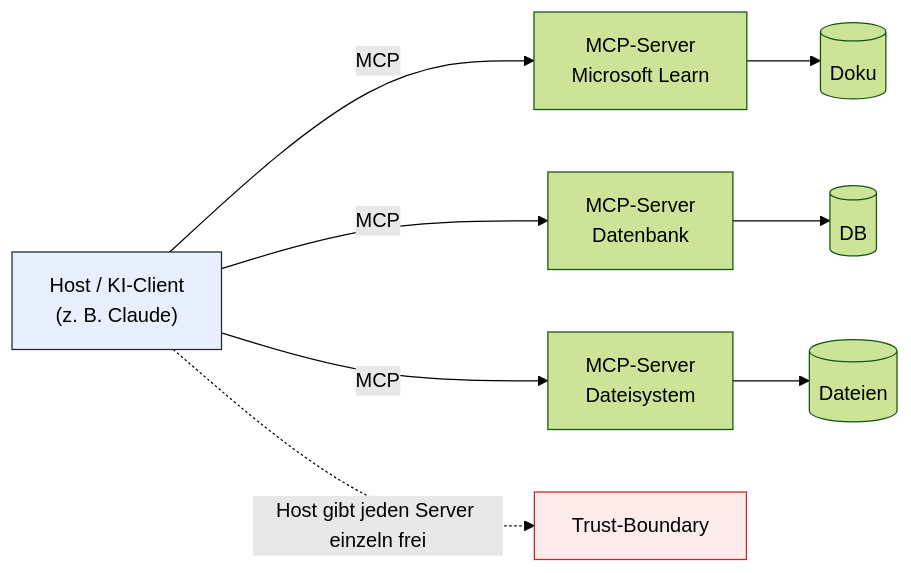
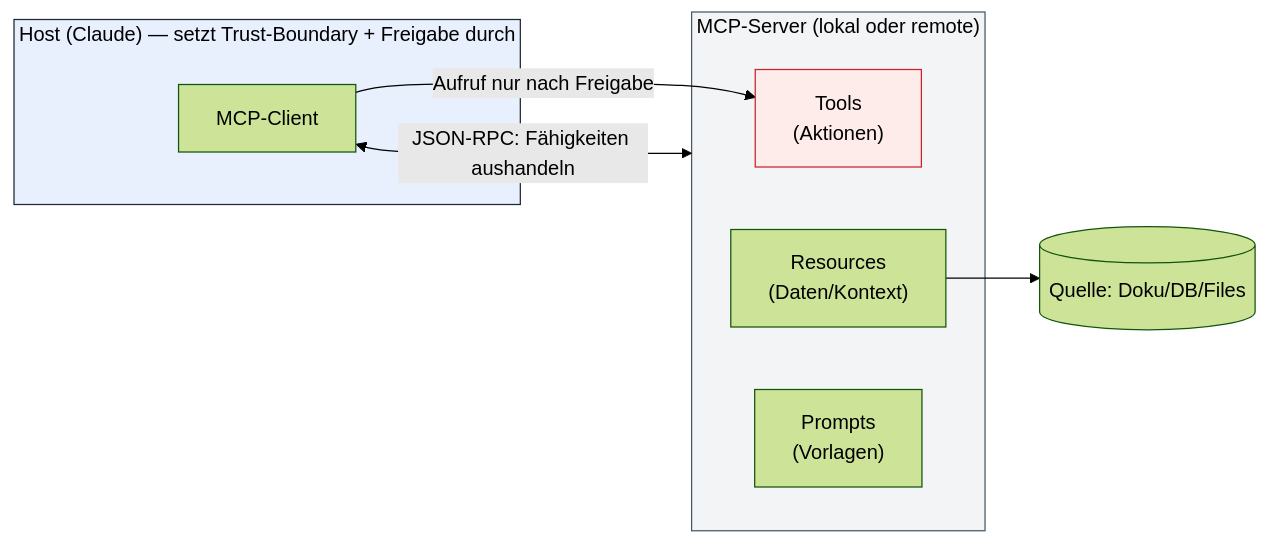
Before and after one commit to TheTrustedAdvisor/agentic-azure-techconf-wien-2026: the second of 10 diagrams in presentation/mermaids/PATTERNS.md, drawn with Mermaid (forest theme). The commit also changed other lines of this file and 19 other files, not shown here.

First line of the commit message:
Präsentation erweitert: About-Me, Repo-QR-Slide, Plan-vs-Umsetzung; Mermaids vertieft; TN-Material

````diff
--- a/presentation/mermaids/PATTERNS.md
+++ b/presentation/mermaids/PATTERNS.md
@@ -29,12 +31,17 @@
 ```mermaid
 flowchart LR
-    HOST["Host / KI-Client<br/>(z. B. Claude)"] -->|"MCP"| S1["MCP-Server<br/>Microsoft Learn"]
-    HOST -->|"MCP"| S2["MCP-Server<br/>Datenbank"]
-    HOST -->|"MCP"| S3["MCP-Server<br/>Dateisystem"]
-    S1 --> Q1[("Doku")]
-    S2 --> Q2[("DB")]
-    S3 --> Q3[("Dateien")]
-    HOST -. "Host gibt jeden Server einzeln frei" .-> G["Trust-Boundary"]
+    subgraph HOST["Host (Claude) — setzt Trust-Boundary + Freigabe durch"]
+        CL["MCP-Client"]
+    end
+    subgraph SRV["MCP-Server (lokal oder remote)"]
+        T["Tools<br/>(Aktionen)"]
+        R["Resources<br/>(Daten/Kontext)"]
+        PR["Prompts<br/>(Vorlagen)"]
+    end
+    CL <-->|"JSON-RPC: Fähigkeiten aushandeln"| SRV
+    CL -->|"Aufruf nur nach Freigabe"| T
+    R --> Q[("Quelle: Doku/DB/Files")]
     style HOST fill:#e8f0fe,stroke:#1c2832,color:#000
-    style G fill:#fdecea,stroke:#cc2229,color:#000
+    style SRV fill:#f3f4f6,stroke:#455a64,color:#000
+    style T fill:#fdecea,stroke:#cc2229,color:#000
 ```
````
